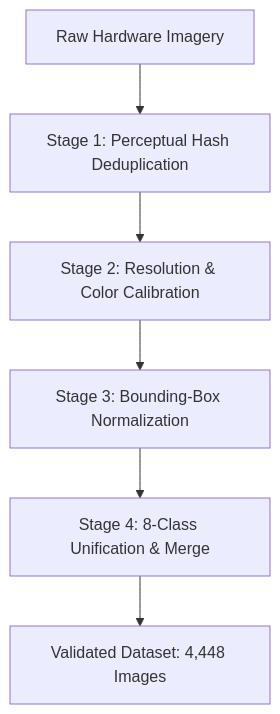
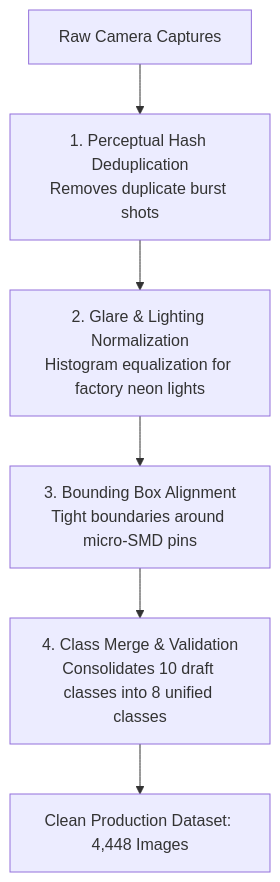
The second of 3 diagrams in docs/DATASET.md (Disha-1610/VisionForge), drawn with Mermaid before and after one commit. The commit also changed other lines of this file and 13 other files, not shown here.

````diff
--- a/docs/DATASET.md
+++ b/docs/DATASET.md
@@ -90,8 +85,8 @@
 ```mermaid
 flowchart TD
-    Raw[Raw Hardware Imagery] --> Stage1[Stage 1: Perceptual Hash Deduplication]
-    Stage1 --> Stage2[Stage 2: Resolution & Color Calibration]
-    Stage2 --> Stage3[Stage 3: Bounding-Box Normalization]
-    Stage3 --> Stage4[Stage 4: 8-Class Unification & Merge]
-    Stage4 --> Final[Validated Dataset: 4,448 Images]
+    Raw[Raw Camera Captures] --> Step1[1. Perceptual Hash Deduplication<br/>Removes duplicate burst shots]
+    Step1 --> Step2[2. Glare & Lighting Normalization<br/>Histogram equalization for factory neon lights]
+    Step2 --> Step3[3. Bounding Box Alignment<br/>Tight boundaries around micro-SMD pins]
+    Step3 --> Step4[4. Class Merge & Validation<br/>Consolidates 10 draft classes into 8 unified classes]
+    Step4 --> Final[Clean Production Dataset: 4,448 Images]
 ```
````
